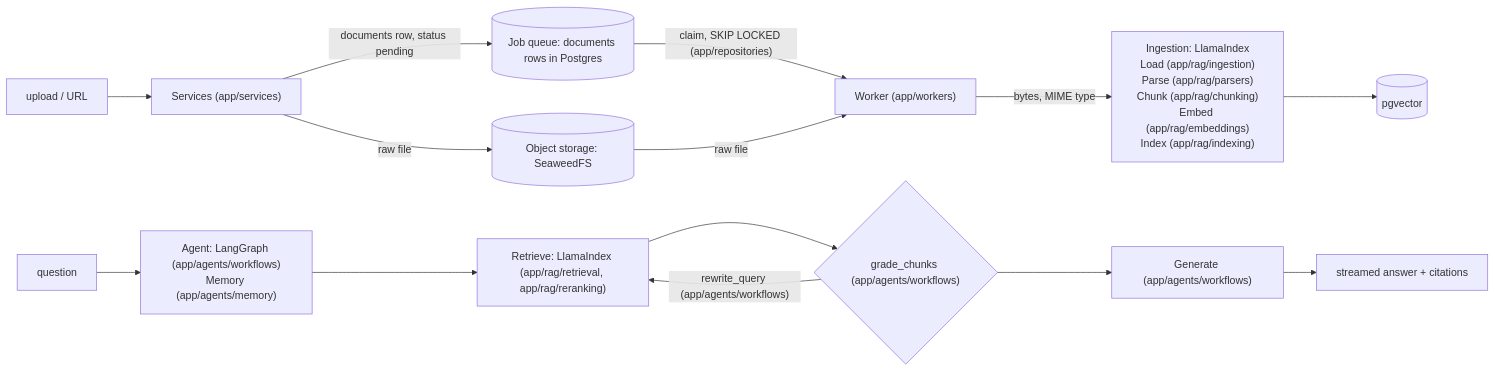
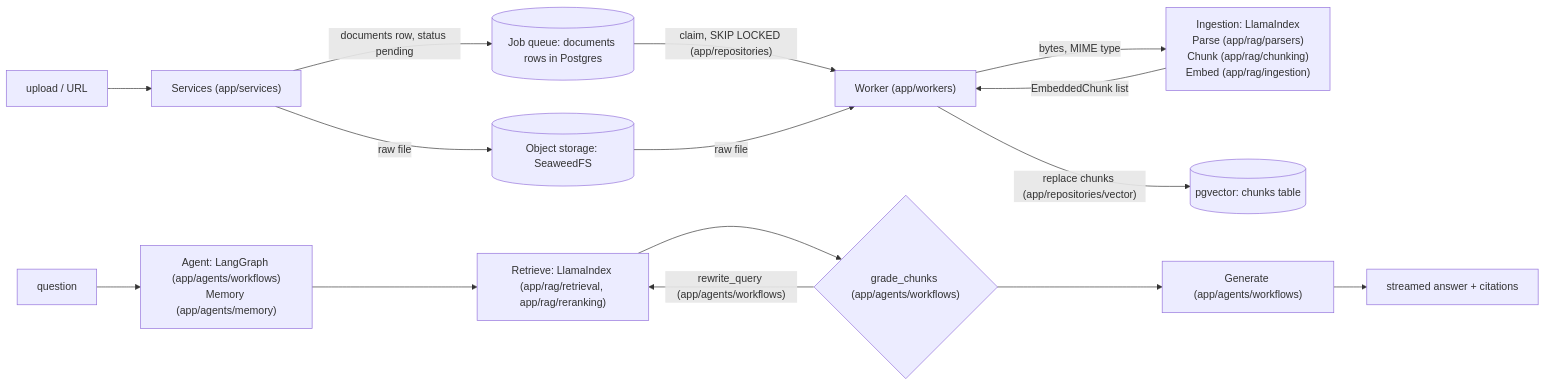
One commit to JosephSuyam/ragidy changed the diagram in docs/architecture/overview.md. Above: the diagram before and after it, drawn with Mermaid. The commit also changed other lines of this file and 8 other files, not shown here.

Commit message:
docs(docs): document ingestion worker and retry

````diff
--- a/docs/architecture/overview.md
+++ b/docs/architecture/overview.md
@@ -7,12 +7,13 @@
 ```mermaid
 flowchart LR
   src["upload / URL"] --> svc["Services (app/services)"]
   svc -->|"raw file"| objstore[("Object storage: SeaweedFS")]
   svc -->|"documents row, status pending"| queue[("Job queue: documents rows in Postgres")]
   queue -->|"claim, SKIP LOCKED (app/repositories)"| worker["Worker (app/workers)"]
   objstore -->|"raw file"| worker
-  worker -->|"bytes, MIME type"| ingest["Ingestion: LlamaIndex<br/>Load (app/rag/ingestion)<br/>Parse (app/rag/parsers)<br/>Chunk (app/rag/chunking)<br/>Embed (app/rag/embeddings)<br/>Index (app/rag/indexing)"]
-  ingest --> pg[("pgvector")]
+  worker -->|"bytes, MIME type"| ingest["Ingestion: LlamaIndex<br/>Parse (app/rag/parsers)<br/>Chunk (app/rag/chunking)<br/>Embed (app/rag/ingestion)"]
+  ingest -->|"EmbeddedChunk list"| worker
+  worker -->|"replace chunks (app/repositories/vector)"| pg[("pgvector: chunks table")]
   q["question"] --> agent["Agent: LangGraph (app/agents/workflows)<br/>Memory (app/agents/memory)"] --> retrieve["Retrieve: LlamaIndex (app/rag/retrieval, app/rag/reranking)"] --> grade{"grade_chunks (app/agents/workflows)"} --> generate["Generate (app/agents/workflows)"] --> out["streamed answer + citations"]
   grade -->|"rewrite_query (app/agents/workflows)"| retrieve
 ```
````
